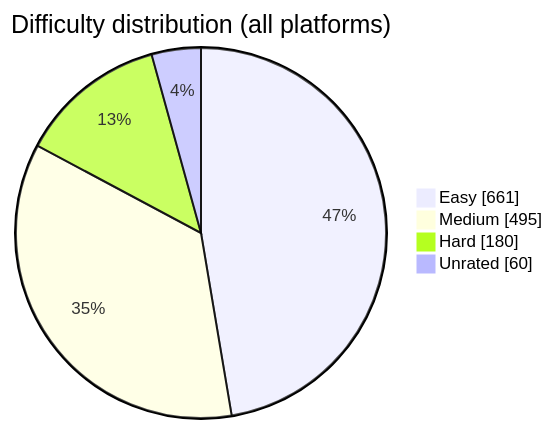
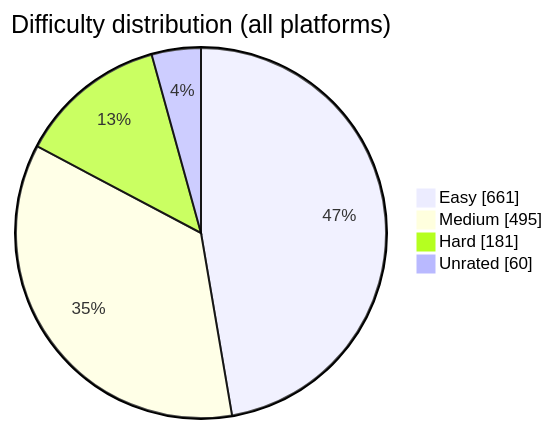
The diagram in README.md (BuildbyArindam/Daily-Coding-Log), drawn with Mermaid before and after one commit. The commit also changed other lines of this file, not shown here.

````diff
--- a/README.md
+++ b/README.md
@@ -93,7 +93,7 @@
 ```mermaid
 pie showData title Difficulty distribution (all platforms)
     "Easy" : 661
     "Medium" : 495
-    "Hard" : 180
+    "Hard" : 181
     "Unrated" : 60
 ```
````
